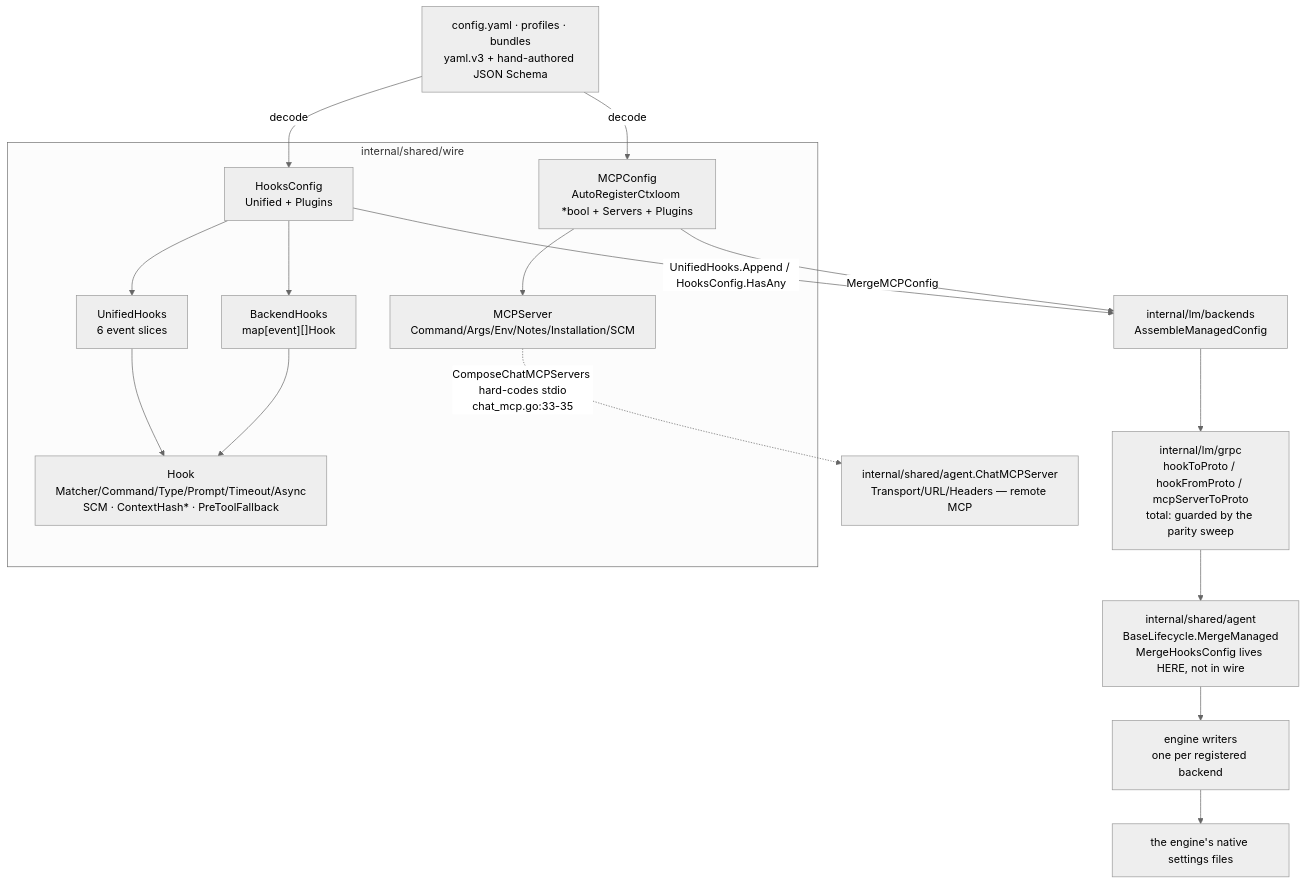
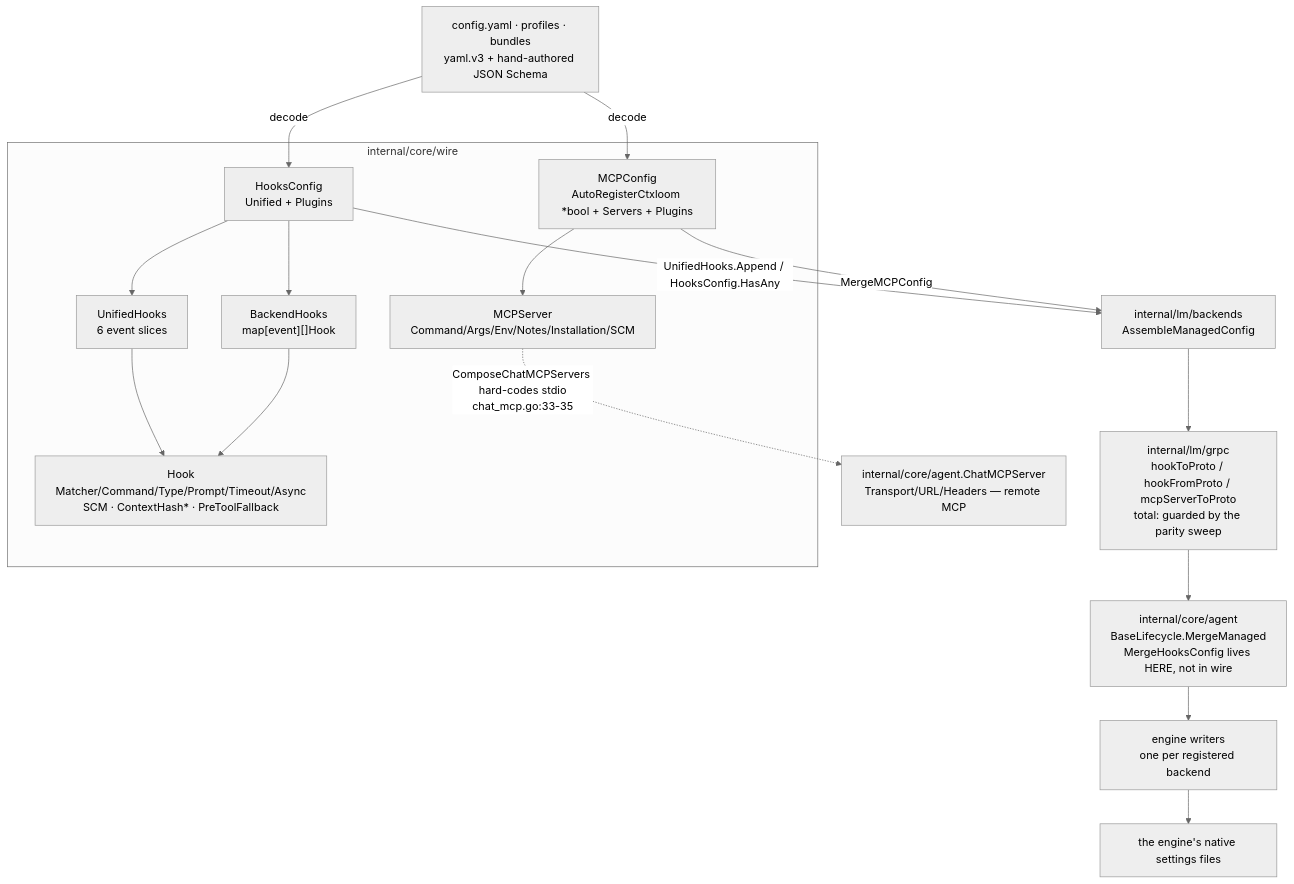
One commit to ctxloom/ctxloom changed the diagram in docs/architecture/shared/wire-types.md. Above: the diagram before and after it, drawn with Mermaid (neutral theme). The commit also changed other lines of this file and 1836 other files, not shown here.

First line of the commit message:
refactor(arch): move the core ring into internal/core

````diff
--- a/docs/architecture/shared/wire-types.md
+++ b/docs/architecture/shared/wire-types.md
@@ -7,29 +7,29 @@
 ```mermaid
 flowchart TD
-    subgraph wire["internal/shared/wire"]
+    subgraph wire["internal/core/wire"]
         HC["HooksConfig<br/>Unified + Plugins"]
         UH["UnifiedHooks<br/>6 event slices"]
         BH["BackendHooks<br/>map[event][]Hook"]
         H["Hook<br/>Matcher/Command/Type/Prompt/Timeout/Async<br/>SCM · ContextHash* · PreToolFallback"]
         MC["MCPConfig<br/>AutoRegisterCtxloom *bool + Servers + Plugins"]
         MS["MCPServer<br/>Command/Args/Env/Notes/Installation/SCM"]
         HC --> UH
         HC --> BH
         UH --> H
         BH --> H
         MC --> MS
     end
 
     YAML["config.yaml · profiles · bundles<br/>yaml.v3 + hand-authored JSON Schema"] -->|decode| HC
     YAML -->|decode| MC
     HC -->|"UnifiedHooks.Append / HooksConfig.HasAny"| ASM["internal/lm/backends<br/>AssembleManagedConfig"]
     MC -->|MergeMCPConfig| ASM
     ASM --> PROTO["internal/lm/grpc<br/>hookToProto / hookFromProto / mcpServerToProto<br/>total: guarded by the parity sweep"]
-    PROTO --> LIFE["internal/shared/agent<br/>BaseLifecycle.MergeManaged<br/>MergeHooksConfig lives HERE, not in wire"]
+    PROTO --> LIFE["internal/core/agent<br/>BaseLifecycle.MergeManaged<br/>MergeHooksConfig lives HERE, not in wire"]
     LIFE --> WRITERS["engine writers<br/>one per registered backend"]
     WRITERS --> NATIVE["the engine's native settings files"]
 
-    CHAT["internal/shared/agent.ChatMCPServer<br/>Transport/URL/Headers — remote MCP"]
+    CHAT["internal/core/agent.ChatMCPServer<br/>Transport/URL/Headers — remote MCP"]
     MS -.->|"ComposeChatMCPServers hard-codes stdio<br/>chat_mcp.go:33-35"| CHAT
 
 ```
````
